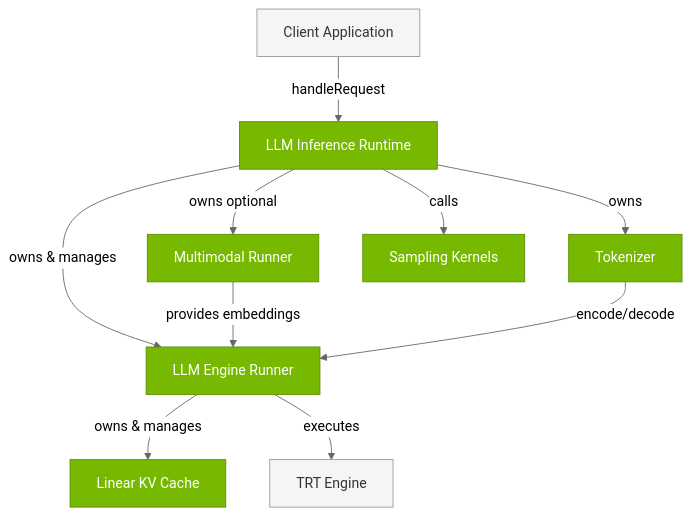
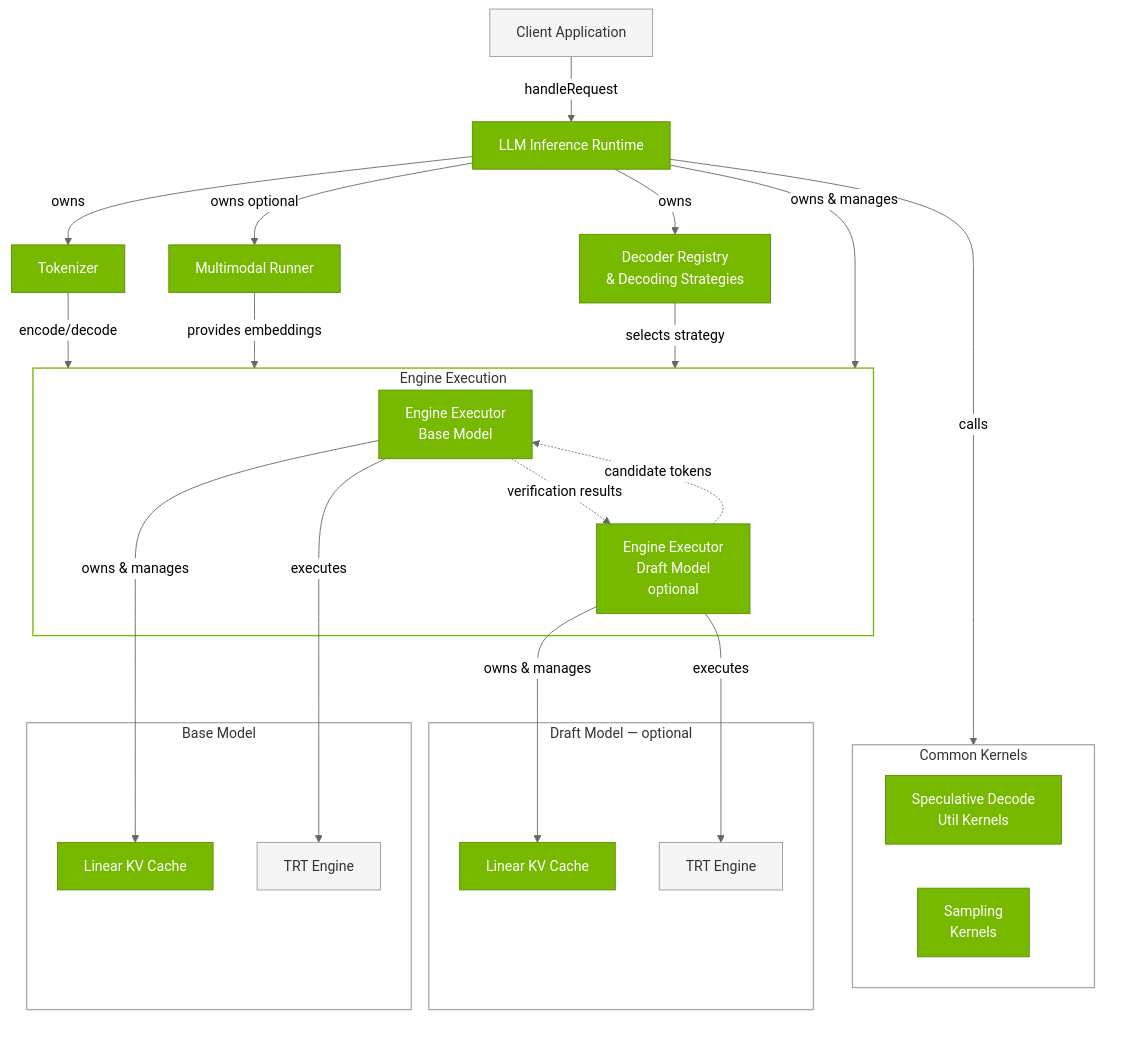
The first of 4 diagrams in docs/source/developer_guide/software-design/llm-inference-runtime.md (ConstBob/TensorRT-Edge-LLM), drawn with Mermaid before and after one commit. The commit also changed other lines of this file and 20 other files, not shown here.

First line of the commit message:
refactor: rename LLMInferenceSpecDecodeRuntime back to LLMInferenceRuntime

````diff
--- a/docs/source/developer_guide/software-design/llm-inference-runtime.md
+++ b/docs/source/developer_guide/software-design/llm-inference-runtime.md
@@ -10,35 +8,68 @@
 ```mermaid
 %%{init: {'theme':'neutral', 'themeVariables': {'primaryColor':'#76B900','primaryTextColor':'#fff','primaryBorderColor':'#5a8f00','lineColor':'#666','edgeLabelBackground':'#ffffff','labelTextColor':'#000','clusterBkg':'#ffffff','clusterBorder':'#999'}}}%%
 graph TB
-    CLIENT1[Client Application]
-    STANDARD_RT[LLM Inference Runtime]
-    LLM_RUNNER1[LLM Engine Runner]
-    TOKENIZER1[Tokenizer]
-    MULTIMODAL1[Multimodal Runner]
-    KV_CACHE1[Linear KV Cache]
-    SAMPLING1[Sampling Kernels]
-    STANDARD_ENGINE[TRT Engine]
 
-    %% Connections
-    CLIENT1 -->|handleRequest| STANDARD_RT
-    STANDARD_RT -->|owns & manages| LLM_RUNNER1
-    STANDARD_RT -->|owns optional| MULTIMODAL1
-    STANDARD_RT -->|owns| TOKENIZER1
-    STANDARD_RT -->|calls| SAMPLING1
+CLIENT[Client Application]
+RT[LLM Inference Runtime]
+MULTIMODAL[Multimodal Runner]
+TOKENIZER[Tokenizer]
+DECODER_REG[Decoder Registry<BR>& Decoding Strategies]
 
-    LLM_RUNNER1 -->|owns & manages| KV_CACHE1
-    LLM_RUNNER1 -->|executes| STANDARD_ENGINE
+CLIENT -->|handleRequest| RT
+RT -->|owns| TOKENIZER
+RT -->|owns optional| MULTIMODAL
+RT -->|owns| DECODER_REG
 
-    MULTIMODAL1 -->|provides embeddings| LLM_RUNNER1
-    TOKENIZER1 -->|encode/decode| LLM_RUNNER1
+subgraph ENGINE_EXEC[Engine Execution]
+    BASE_EXEC[Engine Executor<BR>Base Model]
+    DRAFT_EXEC[Engine Executor<BR>Draft Model<BR>optional]
+end
 
-    %% Styling
-    classDef nvNode fill:#76B900,stroke:#5a8f00,stroke-width:1px,color:#fff
-    classDef greyNode fill:#f5f5f5,stroke:#999,stroke-width:1px,color:#333
-    classDef darkNode fill:#ffffff,stroke:#999,stroke-width:1px,color:#333
-    classDef inputNode fill:#f5f5f5,stroke:#999,stroke-width:1px,color:#333
+subgraph END_NODES[" "]
+    subgraph DRAFT_COMPONENTS[Draft Model — optional]
+        DRAFT_KV[Linear KV Cache]
+        DRAFT_ENGINE[TRT Engine]
+    end
 
-    class CLIENT1 inputNode
-    class STANDARD_RT,LLM_RUNNER1,TOKENIZER1,MULTIMODAL1,KV_CACHE1,SAMPLING1 nvNode
-    class STANDARD_ENGINE greyNode
+    subgraph COMMON_KERNELS["Common Kernels"]
+    SPECKERNELS[Speculative Decode<br>Util Kernels]
+    SAMPLING[Sampling<br>Kernels]
+    end
+
+    subgraph BASE_COMPONENTS [Base Model]
+        BASE_KV[Linear KV Cache]
+        BASE_ENGINE[TRT Engine]
+    end
+end
+
+MULTIMODAL -->|provides embeddings| ENGINE_EXEC
+TOKENIZER -->|encode/decode| ENGINE_EXEC
+RT -->|owns & manages| ENGINE_EXEC
+RT -->|calls| COMMON_KERNELS
+DECODER_REG -->|selects strategy| ENGINE_EXEC
+
+BASE_EXEC -->|owns & manages| BASE_KV
+BASE_EXEC -->|executes| BASE_ENGINE
+
+DRAFT_EXEC -->|owns & manages| DRAFT_KV
+DRAFT_EXEC -->|executes| DRAFT_ENGINE
+
+DRAFT_EXEC -.->|candidate tokens| BASE_EXEC
+BASE_EXEC -.->|verification results| DRAFT_EXEC
+
+%% Styling
+classDef nvNode fill:#76B900,stroke:#5a8f00,stroke-width:1px,color:#fff
+classDef greyNode fill:#f5f5f5,stroke:#999,stroke-width:1px,color:#333
+classDef darkNode fill:#ffffff,stroke:#999,stroke-width:1px,color:#333
+classDef inputNode fill:#f5f5f5,stroke:#999,stroke-width:1px,color:#333
+classDef greenSubGraph fill:none,stroke:#76B900,stroke-width:1.5px
+classDef greySubGraph fill:none,stroke:#aaa,stroke-width:1.5px
+classDef invisibleSubGraph fill:transparent,stroke:transparent
+
+class CLIENT inputNode
+class RT,BASE_EXEC,DRAFT_EXEC,TOKENIZER,MULTIMODAL,DECODER_REG,DRAFT_KV,BASE_KV,SPECKERNELS,SAMPLING nvNode
+class DRAFT_ENGINE,BASE_ENGINE greyNode
+class ENGINE_EXEC greenSubGraph
+class DRAFT_COMPONENTS,BASE_COMPONENTS,COMMON_KERNELS greySubGraph
+class END_NODES invisibleSubGraph
 ```
````
